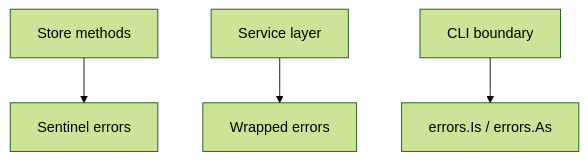
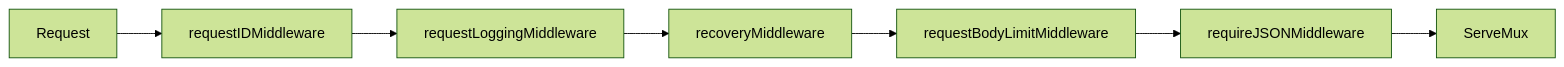
The fifth of 20 diagrams in docs/design.md (Kaushik-2005/GoFlow), drawn with Mermaid (forest theme) before and after one commit. The commit also changed other lines of this file, not shown here.

````diff
--- a/docs/design.md
+++ b/docs/design.md
@@ -109,6 +159,9 @@
 ```mermaid
-flowchart TD
-    Store[Store methods] --> Sentinel[Sentinel errors]
-    Service[Service layer] --> Wrapped[Wrapped errors]
-    CLI[CLI boundary] --> Inspect[errors.Is / errors.As]
+flowchart LR
+    Request[Request] --> RequestID[requestIDMiddleware]
+    RequestID --> Logging[requestLoggingMiddleware]
+    Logging --> Recovery[recoveryMiddleware]
+    Recovery --> BodyLimit[requestBodyLimitMiddleware]
+    BodyLimit --> JSON[requireJSONMiddleware]
+    JSON --> Mux[ServeMux]
 ```
````
